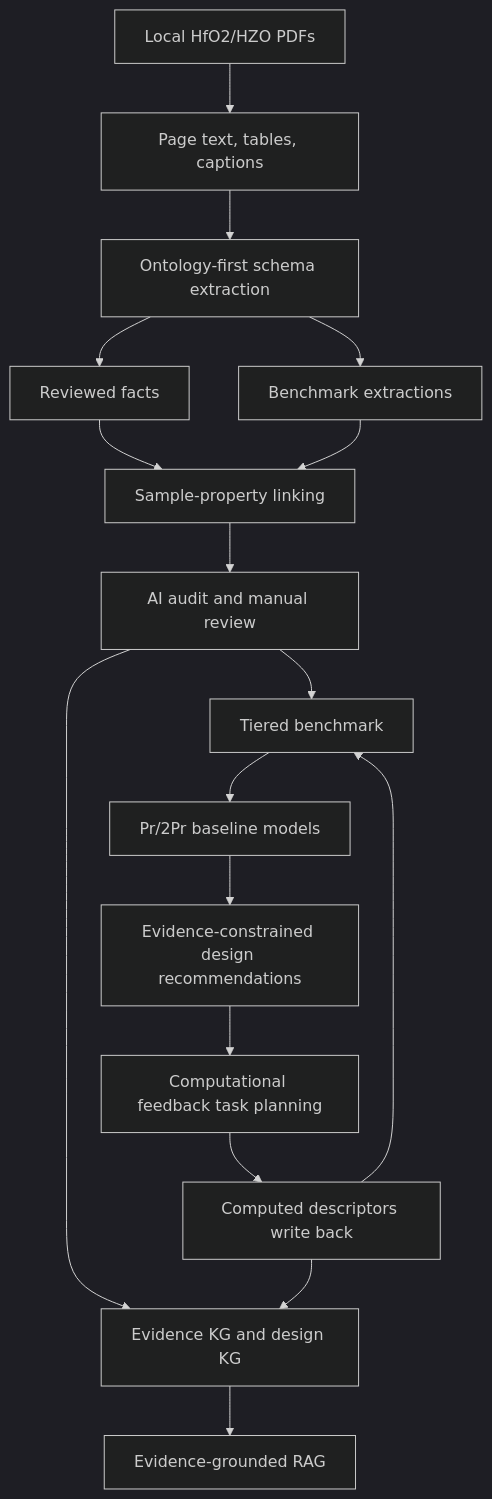
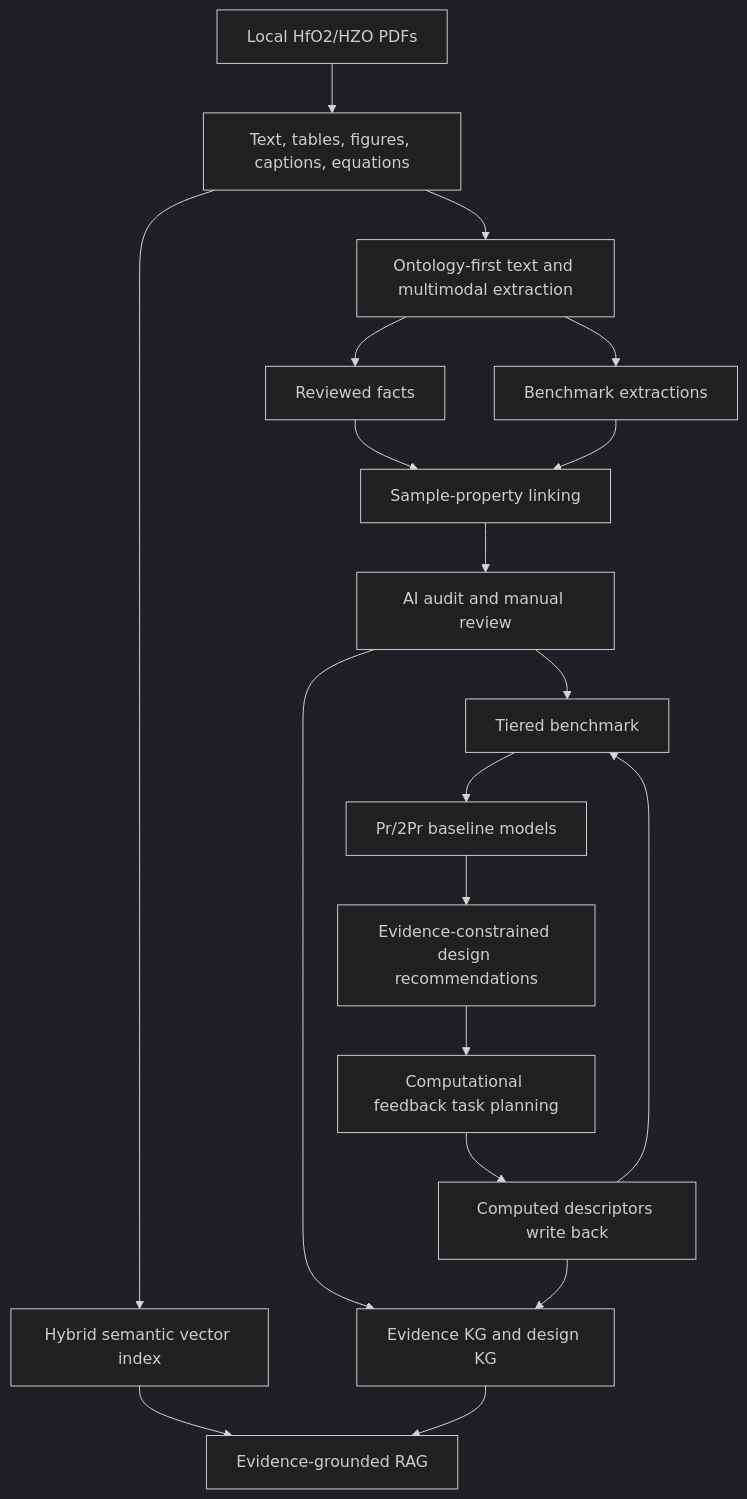
The diagram in docs/paper_prototype.md (2850zjf/hfo2-ferro-kg), drawn with Mermaid (dark theme) before and after one commit. The commit also changed other lines of this file and 273 other files, not shown here.

````diff
--- a/docs/paper_prototype.md
+++ b/docs/paper_prototype.md
@@ -20,19 +20,21 @@
 ```mermaid
 flowchart TD
-    A["Local HfO2/HZO PDFs"] --> B["Page text, tables, captions"]
-    B --> C["Ontology-first schema extraction"]
+    A["Local HfO2/HZO PDFs"] --> B["Text, tables, figures, captions, equations"]
+    B --> C["Ontology-first text and multimodal extraction"]
     C --> D["Reviewed facts"]
     C --> E["Benchmark extractions"]
     D --> F["Sample-property linking"]
     E --> F
     F --> G["AI audit and manual review"]
     G --> H["Tiered benchmark"]
     G --> I["Evidence KG and design KG"]
     H --> J["Pr/2Pr baseline models"]
     J --> K["Evidence-constrained design recommendations"]
     K --> M["Computational feedback task planning"]
     M --> N["Computed descriptors write back"]
     N --> I
     N --> H
-    I --> L["Evidence-grounded RAG"]
+    B --> V["Hybrid semantic vector index"]
+    V --> L["Evidence-grounded RAG"]
+    I --> L
 ```
````
